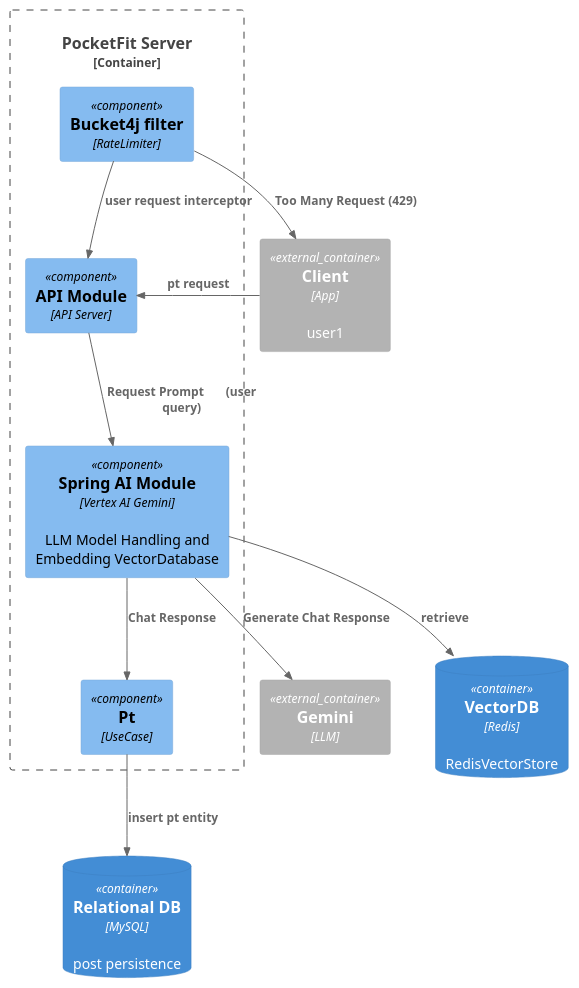
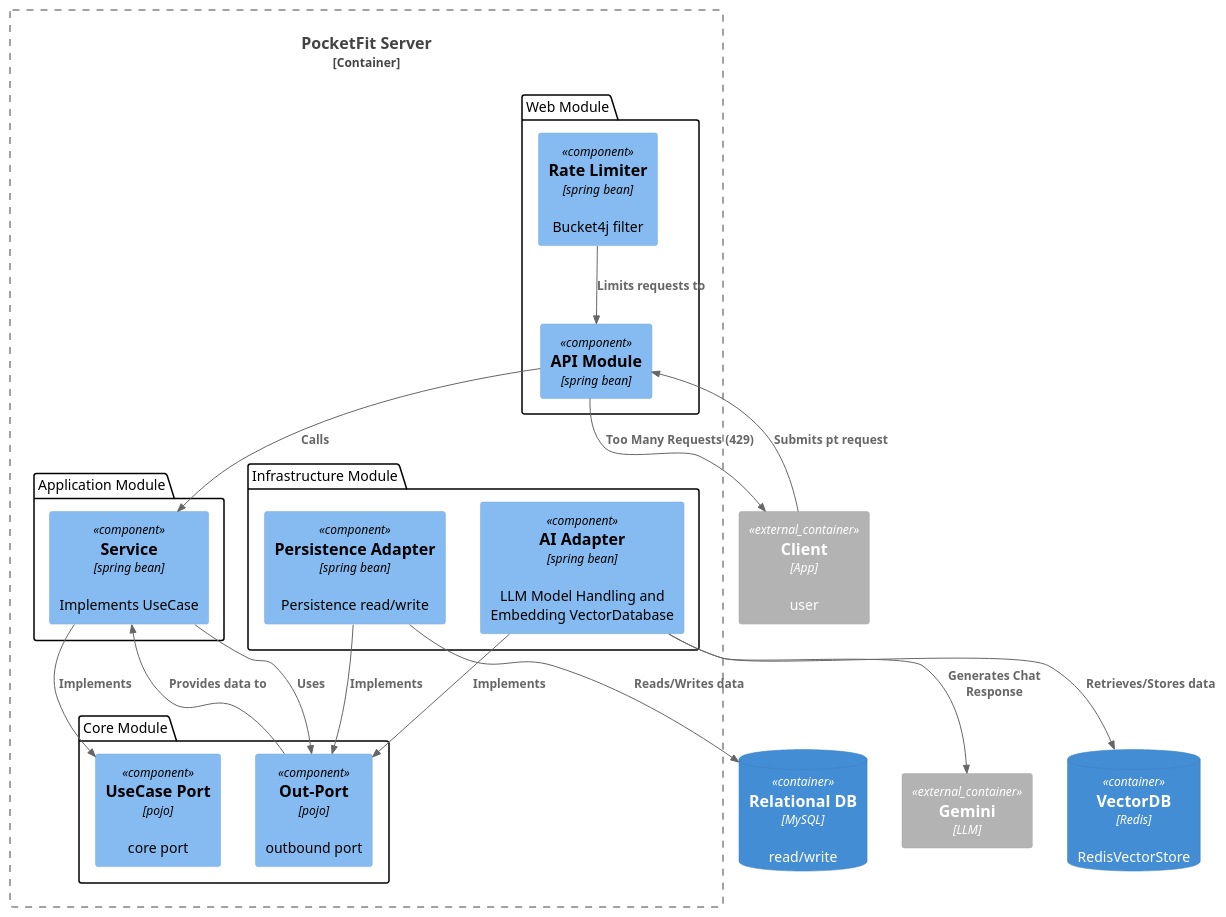
One commit to PARKPARKWOO/barbellrobot-backend changed the diagram in docs/context.puml. Above: the diagram before and after it, drawn with PlantUML. The commit also changed other lines of this file and 175 other files, not shown here.

```diff
--- a/docs/context.puml
+++ b/docs/context.puml
@@ -1,26 +51,46 @@
 @startuml
 !include https://raw.githubusercontent.com/plantuml-stdlib/C4-PlantUML/master/C4_Component.puml
 
-Container_Ext(usr1, "Client", "App", "user1")
+Container_Ext(usr, "Client", "App", "user")
 Container_Ext(gemini, "Gemini", "LLM", "")
-
-ContainerDb(db, "Relational DB", "MySQL", "post persistence")
+ContainerDb(db, "Relational DB", "MySQL", "read/write")
 ContainerDb(redis, "VectorDB", "Redis", "RedisVectorStore")
 
 Container_Boundary(server, "PocketFit Server") {
-    Component(app1, "API Module", "API Server", "")
-    Component(app2, "Spring AI Module", "Vertex AI Gemini", "LLM Model Handling and Embedding VectorDatabase")
-    Component(ch, "Bucket4j filter", "RateLimiter")
-    Component(pt, "Pt", "UseCase")
+    package "Web Module" {
+        Component(api, "API Module", "spring bean", "")
+        Component(ch, "Rate Limiter", "spring bean", "Bucket4j filter")
+    }
+
+    package "Application Module" {
+        Component(service, "Service", "spring bean", "Implements UseCase")
+    }
+
+    package "Core Module" {
+        Component(usecase, "UseCase Port", "pojo", "core port")
+        Component(port, "Out-Port", "pojo", "outbound port")
+    }
+
+    package "Infrastructure Module" {
+        Component(ai_adapter, "AI Adapter", "spring bean", "LLM Model Handling and Embedding VectorDatabase")
+        Component(jpa_adapter, "Persistence Adapter", "spring bean", "Persistence read/write")
+    }
 }
 
-Rel(app1, app2, "Request Prompt       (user query)")
-Rel(app2, redis, "retrieve")
-Rel(usr1, app1, "pt request")
-Rel(ch, app1, "user request interceptor")
-Rel(ch, usr1, "Too Many Request (429)")
-Rel(app2, gemini, "Generate Chat Response")
-Rel(app2, pt, "Chat Response")
-Rel(pt, db, "insert pt entity")
+Rel(usr, api, "Submits pt request")
+Rel(ch, api, "Limits requests to")
+Rel(api, service, "Calls")
+Rel(api, usr, "Too Many Requests (429)")
+
+Rel(ai_adapter, port, "Implements")
+Rel(jpa_adapter, port, "Implements")
+Rel(service, usecase, "Implements")
+
+Rel(service, port, "Uses")
+Rel(port, service, "Provides data to")
+
+Rel(ai_adapter, redis, "Retrieves/Stores data")
+Rel(ai_adapter, gemini, "Generates Chat Response")
+Rel(jpa_adapter, db, "Reads/Writes data")
 
 @enduml
```
